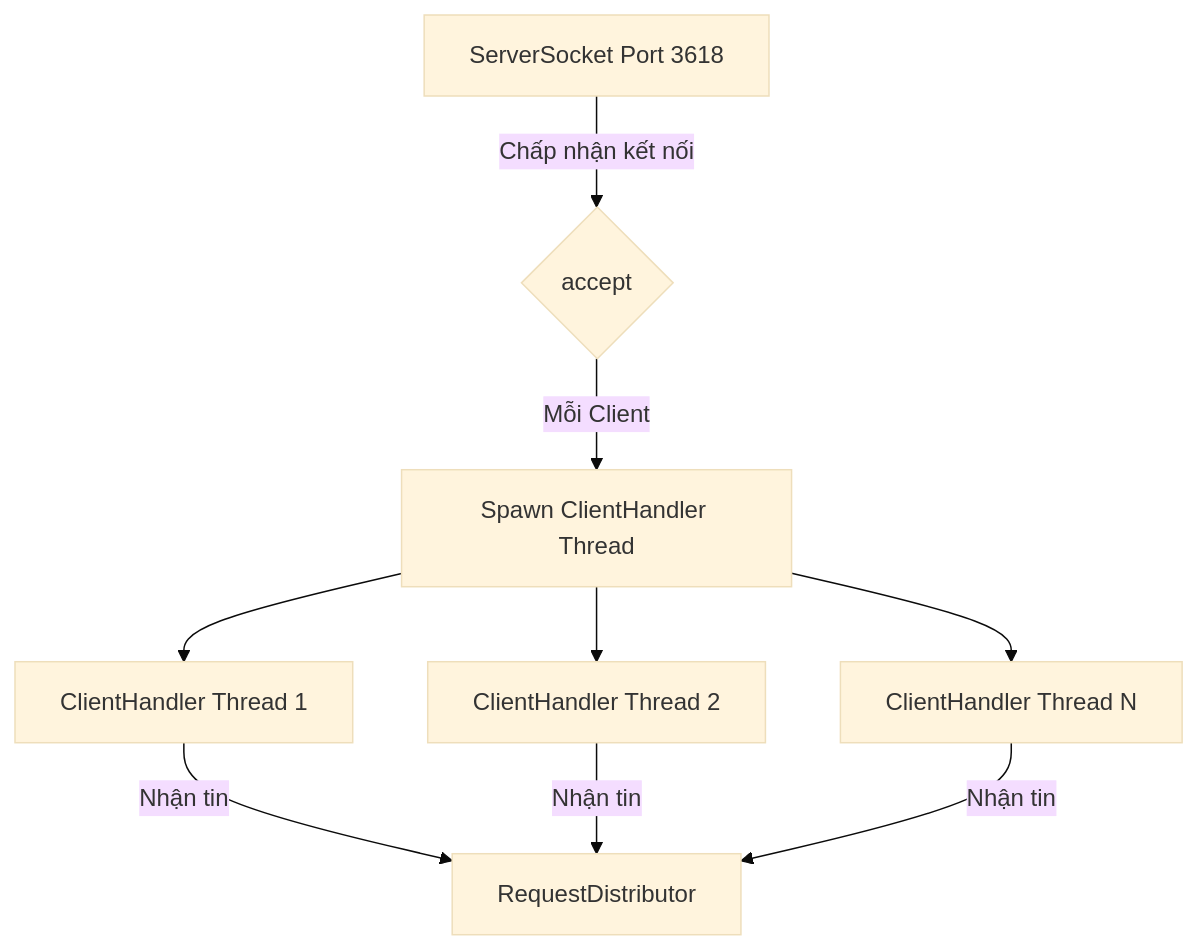
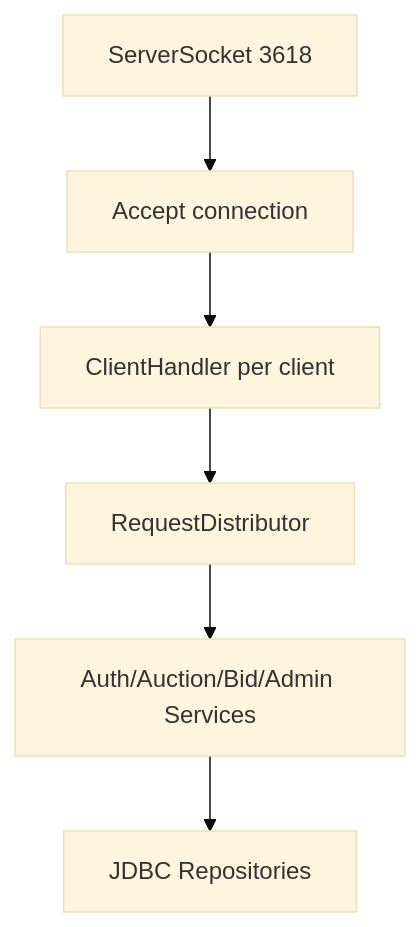
Before and after one commit to cuongdz2k7/vbay: the first of 2 diagrams in report/realtime-architecture.md, drawn with Mermaid (base theme). The commit also changed other lines of this file and 8 other files, not shown here.

````diff
--- a/report/realtime-architecture.md
+++ b/report/realtime-architecture.md
@@ -11,12 +7,8 @@
 ```mermaid
 graph TD
-    ServerSocket[ServerSocket Port 3618] -->|Chấp nhận kết nối| Accept{accept}
-    Accept -->|Mỗi Client| ThreadSpawn[Spawn ClientHandler Thread]
-    ThreadSpawn --> CH1[ClientHandler Thread 1]
-    ThreadSpawn --> CH2[ClientHandler Thread 2]
-    ThreadSpawn --> CH3[ClientHandler Thread N]
-
-    CH1 -->|Nhận tin| Dispatcher[RequestDistributor]
-    CH2 -->|Nhận tin| Dispatcher
-    CH3 -->|Nhận tin| Dispatcher
+    ServerSocket[ServerSocket 3618] --> Accept[Accept connection]
+    Accept --> Handler[ClientHandler per client]
+    Handler --> RequestDistributor
+    RequestDistributor --> Services[Auth/Auction/Bid/Admin Services]
+    Services --> Repositories[JDBC Repositories]
 ```
````
